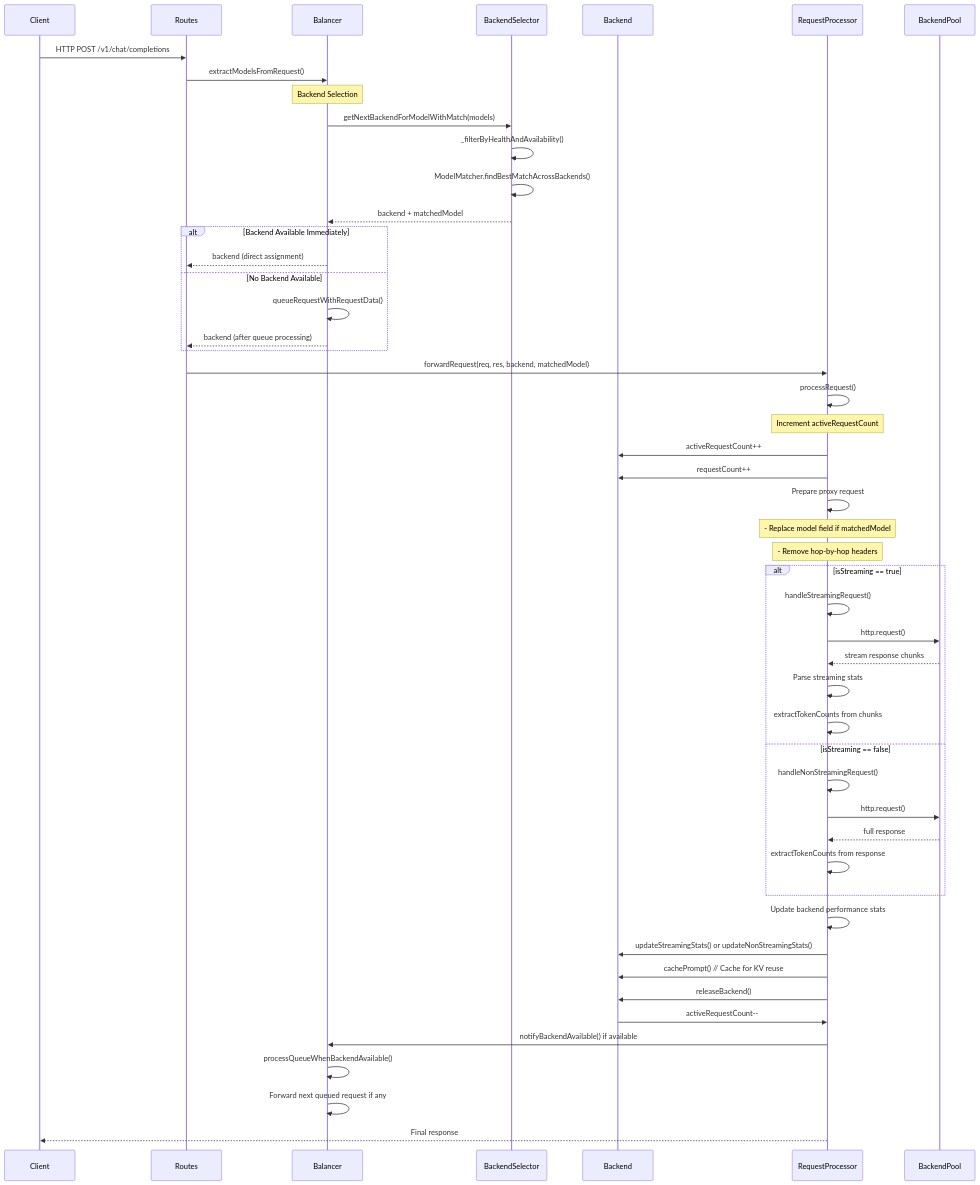
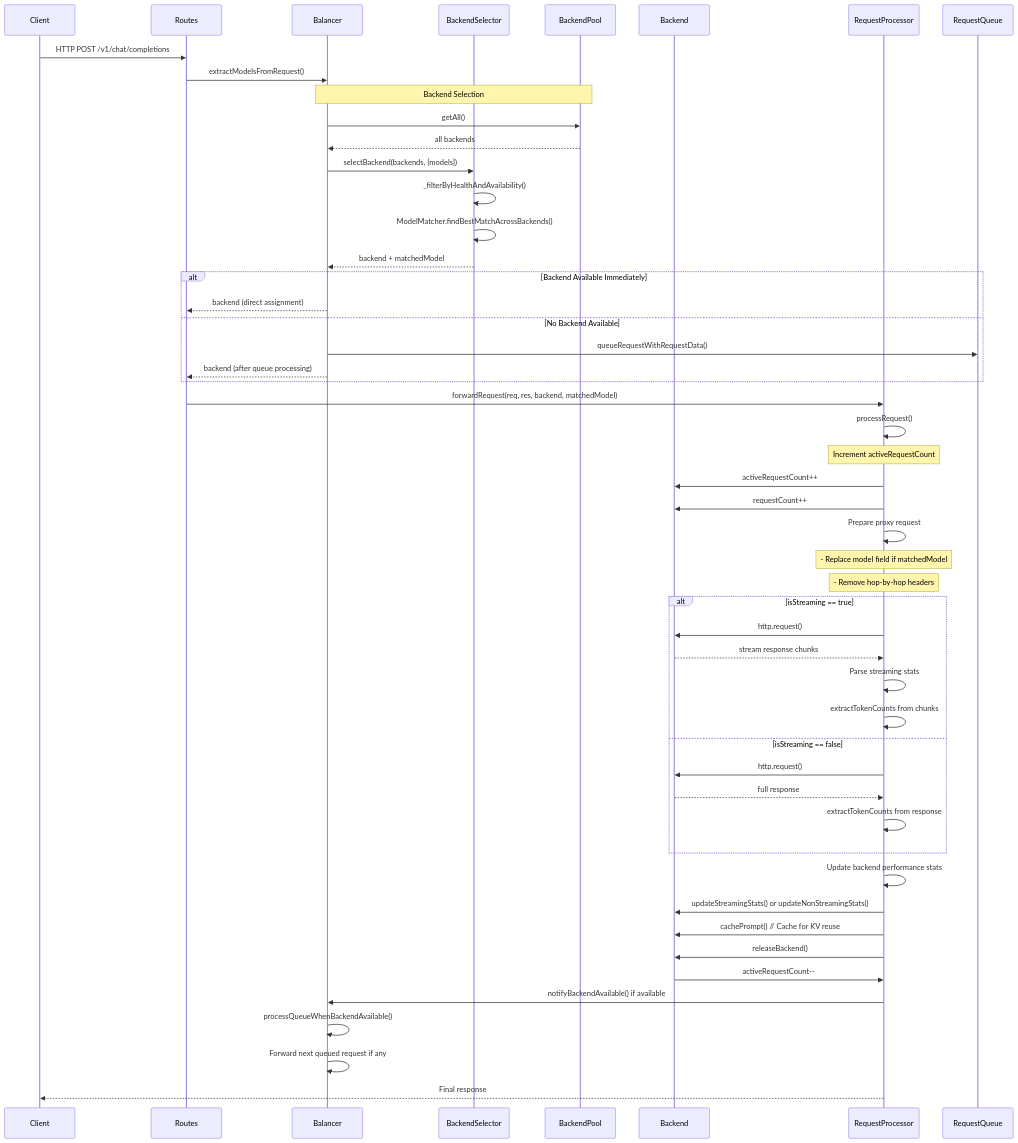
The third of 10 diagrams in docs/developer/DATA_FLOW.md (Schafer-List-Systems/llm_balancer), drawn with Mermaid before and after one commit. The commit also changed other lines of this file and 2 other files, not shown here.

First line of the commit message:
feat: add criterion-based queue processing for intelligent request routing

````diff
--- a/docs/developer/DATA_FLOW.md
+++ b/docs/developer/DATA_FLOW.md
@@ -139,66 +167,68 @@
 ```mermaid
 sequenceDiagram
     participant Client
     participant Routes
     participant Balancer
     participant BackendSelector
+    participant BackendPool
     participant Backend
     participant RequestProcessor
-    participant BackendPool
+    participant RequestQueue
 
     Client->>Routes: HTTP POST /v1/chat/completions
     Routes->>Balancer: extractModelsFromRequest()
 
-    Note over Balancer: Backend Selection
+    Note over Balancer,BackendPool: Backend Selection
 
-    Balancer->>BackendSelector: getNextBackendForModelWithMatch(models)
+    Balancer->>BackendPool: getAll()
+    BackendPool-->>Balancer: all backends
+
+    Balancer->>BackendSelector: selectBackend(backends, {models})
     BackendSelector->>BackendSelector: _filterByHealthAndAvailability()
     BackendSelector->>BackendSelector: ModelMatcher.findBestMatchAcrossBackends()
     BackendSelector-->>Balancer: backend + matchedModel
 
     alt Backend Available Immediately
         Balancer-->>Routes: backend (direct assignment)
     else No Backend Available
-        Balancer->>Balancer: queueRequestWithRequestData()
+        Balancer->>RequestQueue: queueRequestWithRequestData()
         Balancer-->>Routes: backend (after queue processing)
     end
 
     Routes->>RequestProcessor: forwardRequest(req, res, backend, matchedModel)
     RequestProcessor->>RequestProcessor: processRequest()
 
     Note over RequestProcessor: Increment activeRequestCount
 
     RequestProcessor->>Backend: activeRequestCount++
     RequestProcessor->>Backend: requestCount++
 
     RequestProcessor->>RequestProcessor: Prepare proxy request
     Note over RequestProcessor: - Replace model field if matchedModel
     Note over RequestProcessor: - Remove hop-by-hop headers
 
     alt isStreaming == true
-        RequestProcessor->>RequestProcessor: handleStreamingRequest()
-        RequestProcessor->>BackendPool: http.request()
-        BackendPool-->>RequestProcessor: stream response chunks
+        RequestProcessor->>Backend: http.request()
+        Backend-->>RequestProcessor: stream response chunks
         RequestProcessor->>RequestProcessor: Parse streaming stats
         RequestProcessor->>RequestProcessor: extractTokenCounts from chunks
     else isStreaming == false
-        RequestProcessor->>RequestProcessor: handleNonStreamingRequest()
-        RequestProcessor->>BackendPool: http.request()
-        BackendPool-->>RequestProcessor: full response
+        RequestProcessor->>Backend: http.request()
+        Backend-->>RequestProcessor: full response
         RequestProcessor->>RequestProcessor: extractTokenCounts from response
     end
 
     RequestProcessor->>RequestProcessor: Update backend performance stats
     RequestProcessor->>Backend: updateStreamingStats() or updateNonStreamingStats()
 
     RequestProcessor->>Backend: cachePrompt()  // Cache for KV reuse
     RequestProcessor->>Backend: releaseBackend()
     Backend->>RequestProcessor: activeRequestCount--
 
     RequestProcessor->>Balancer: notifyBackendAvailable() if available
 
     Balancer->>Balancer: processQueueWhenBackendAvailable()
     Balancer->>Balancer: Forward next queued request if any
 
     RequestProcessor-->>Client: Final response
 ```
````
